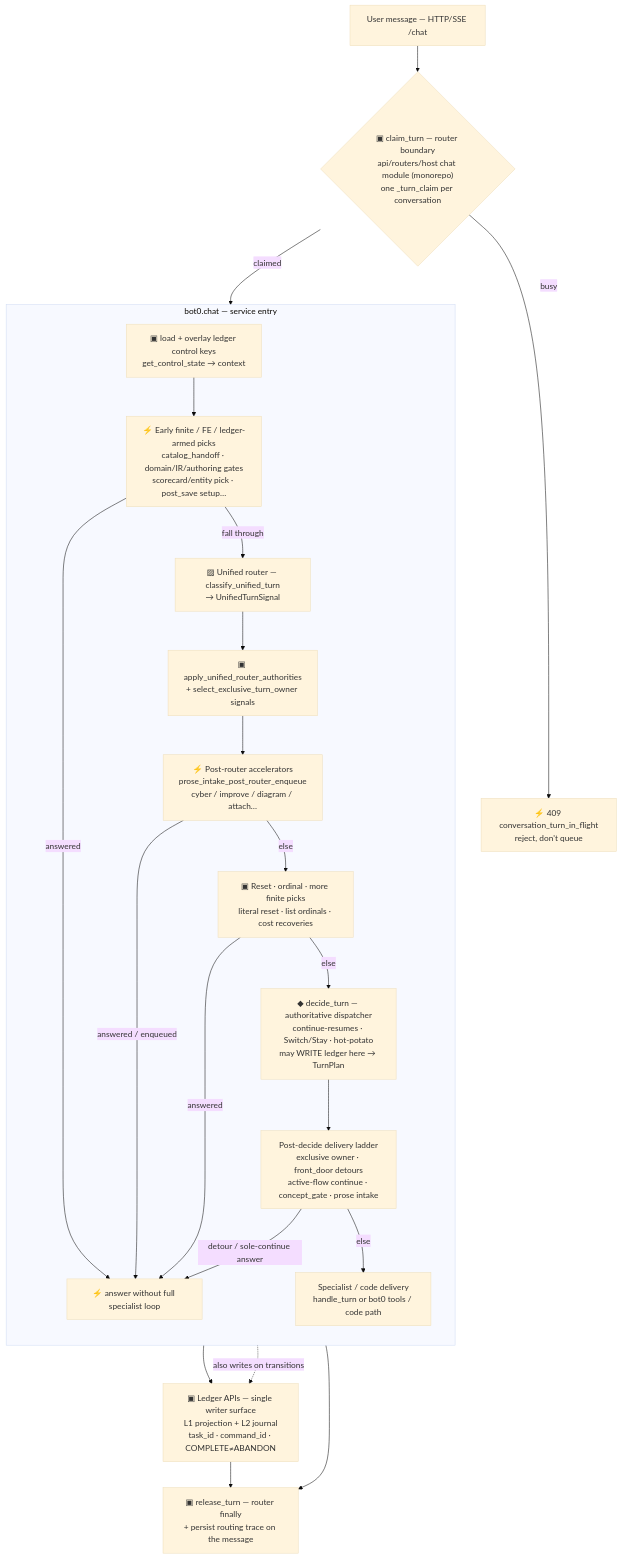
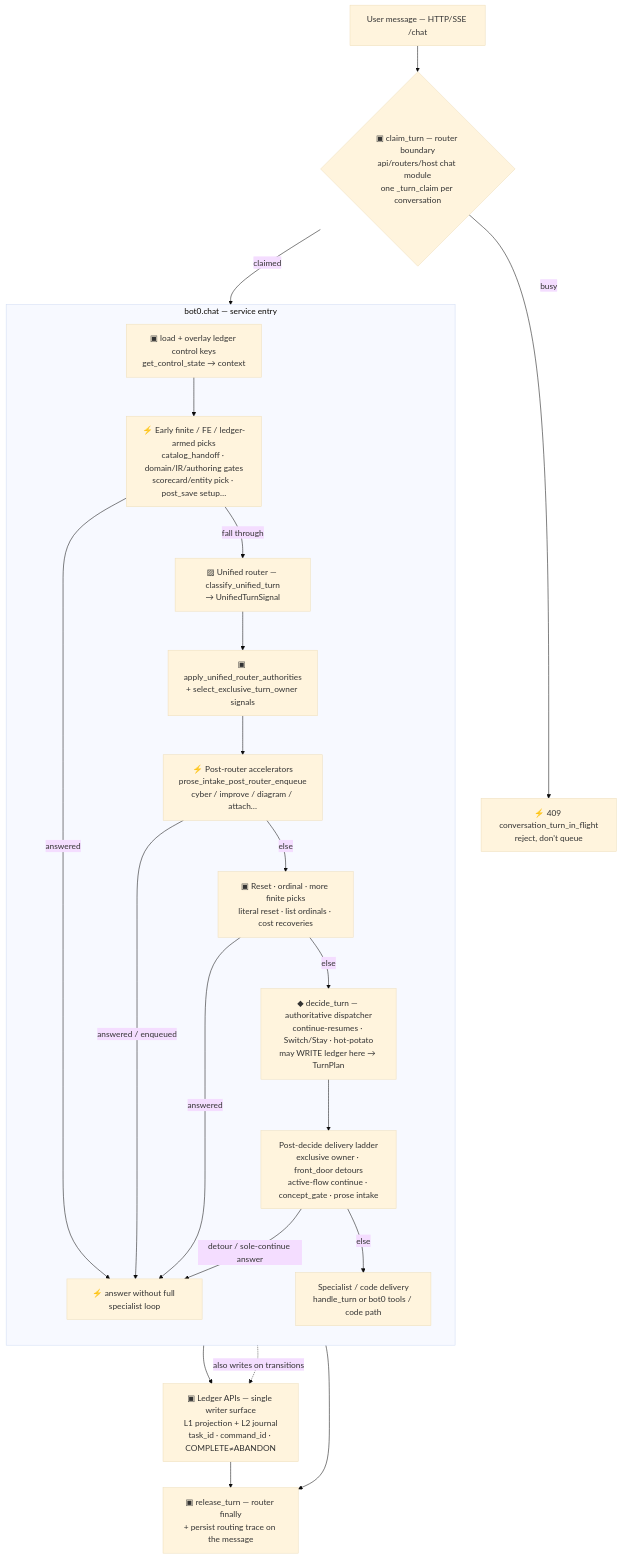
The second of 8 diagrams in docs/conversation-turn-lifecycle-diagram.md (walidnegm/conversation-control-plane), drawn with Mermaid (base theme) before and after one commit. The commit also changed other lines of this file and 6 other files, not shown here.

````diff
--- a/docs/conversation-turn-lifecycle-diagram.md
+++ b/docs/conversation-turn-lifecycle-diagram.md
@@ -107,39 +107,39 @@
 ```mermaid
 flowchart TD
  MSG["User message — HTTP/SSE /chat"] --> CLAIM
 
- CLAIM{"▣ claim_turn — router boundary<br/>api/routers/host chat module (monorepo)<br/>one _turn_claim per conversation"}
+ CLAIM{"▣ claim_turn — router boundary<br/>api/routers/host chat module<br/>one _turn_claim per conversation"}
  CLAIM -->|busy| REJECT["⚡ 409 conversation_turn_in_flight<br/>reject, don't queue"]
  CLAIM -->|claimed| CHAT
 
  subgraph CHAT["bot0.chat — service entry"]
  direction TB
  LOAD["▣ load + overlay ledger control keys<br/>get_control_state → context"]
  EARLY["⚡ Early finite / FE / ledger-armed picks<br/>catalog_handoff · domain/IR/authoring gates<br/>scorecard/entity pick · post_save setup…"]
  PERC["▨ Unified router — classify_unified_turn<br/>→ UnifiedTurnSignal"]
  AUTH["▣ apply_unified_router_authorities<br/>+ select_exclusive_turn_owner signals"]
  POST_R["⚡ Post-router accelerators<br/>prose_intake_post_router_enqueue<br/>cyber / improve / diagram / attach…"]
  PICK["▣ Reset · ordinal · more finite picks<br/>literal reset · list ordinals · cost recoveries"]
  DECIDE["◆ decide_turn — authoritative dispatcher<br/>continue-resumes · Switch/Stay · hot-potato<br/>may WRITE ledger here → TurnPlan"]
  POST["Post-decide delivery ladder<br/>exclusive owner · front_door detours<br/>active-flow continue · concept_gate · prose intake"]
  DISP["Specialist / code delivery<br/>handle_turn or bot0 tools / code path"]
  LOAD --> EARLY
  EARLY -->|answered| SHORT
  EARLY -->|fall through| PERC
  PERC --> AUTH --> POST_R
  POST_R -->|answered / enqueued| SHORT
  POST_R -->|else| PICK
  PICK -->|answered| SHORT
  PICK -->|else| DECIDE
  DECIDE --> POST
  POST -->|detour / sole-continue answer| SHORT
  POST -->|else| DISP
  end
 
  DISP --> LED
  DECIDE -.->|also writes on transitions| LED
  LED["▣ Ledger APIs — single writer surface<br/>L1 projection + L2 journal<br/>task_id · command_id · COMPLETE≠ABANDON"]
  LED --> REL
  SHORT["⚡ answer without full specialist loop"] --> REL
  REL["▣ release_turn — router finally<br/>+ persist routing trace on the message"]
 ```
````
